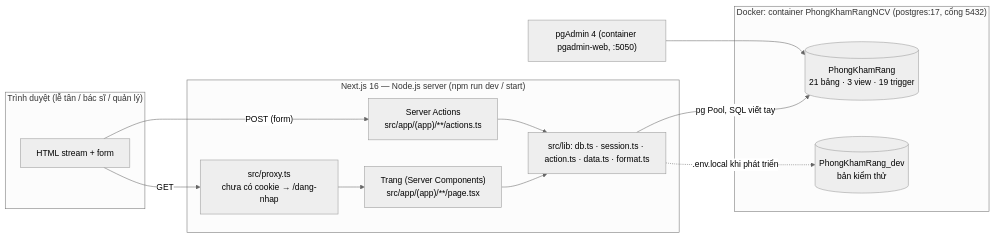
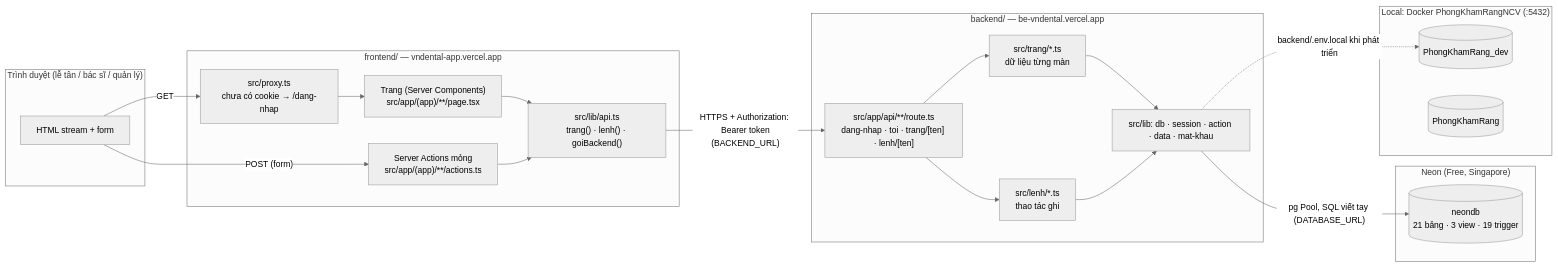
Before and after one commit to tsboi007/vndental: the first of 4 diagrams in docs/kien-truc.md, drawn with Mermaid (neutral theme). The commit also changed other lines of this file and 200 other files, not shown here.

First line of the commit message:
Tách frontend / backend thành 2 project Next.js deploy riêng

````diff
--- a/docs/kien-truc.md
+++ b/docs/kien-truc.md
@@ -19,24 +21,34 @@
 ```mermaid
 flowchart LR
   subgraph Browser["Trình duyệt (lễ tân / bác sĩ / quản lý)"]
     UI["HTML stream + form"]
   end
-  subgraph Next["Next.js 16 — Node.js server (npm run dev / start)"]
+  subgraph FE["frontend/ — vndental-app.vercel.app"]
     PX["src/proxy.ts<br/>chưa có cookie → /dang-nhap"]
     RSC["Trang (Server Components)<br/>src/app/(app)/**/page.tsx"]
-    SA["Server Actions<br/>src/app/(app)/**/actions.ts"]
-    LIB["src/lib: db.ts · session.ts · action.ts · data.ts · format.ts"]
+    SA["Server Actions mỏng<br/>src/app/(app)/**/actions.ts"]
+    API["src/lib/api.ts<br/>trang() · lenh() · goiBackend()"]
   end
-  subgraph Docker["Docker: container PhongKhamRangNCV (postgres:17, cổng 5432)"]
-    DB[("PhongKhamRang<br/>21 bảng · 3 view · 19 trigger")]
-    DEV[("PhongKhamRang_dev<br/>bản kiểm thử")]
+  subgraph BE["backend/ — be-vndental.vercel.app"]
+    R["src/app/api/**/route.ts<br/>dang-nhap · toi · trang/[ten] · lenh/[ten]"]
+    T["src/trang/*.ts<br/>dữ liệu từng màn"]
+    LN["src/lenh/*.ts<br/>thao tác ghi"]
+    LIB["src/lib: db · session · action · data · mat-khau"]
   end
-  PG["pgAdmin 4 (container pgadmin-web, :5050)"]
+  subgraph Neon["Neon (Free, Singapore)"]
+    DB[("neondb<br/>21 bảng · 3 view · 19 trigger")]
+  end
+  subgraph Docker["Local: Docker PhongKhamRangNCV (:5432)"]
+    DEV[("PhongKhamRang_dev")]
+    REAL[("PhongKhamRang")]
+  end
   UI -- "GET" --> PX --> RSC
   UI -- "POST (form)" --> SA
-  RSC --> LIB
-  SA --> LIB
-  LIB -- "pg Pool, SQL viết tay" --> DB
-  LIB -. ".env.local khi phát triển" .-> DEV
-  PG --> DB
+  RSC --> API
+  SA --> API
+  API -- "HTTPS + Authorization: Bearer token<br/>(BACKEND_URL)" --> R
+  R --> T --> LIB
+  R --> LN --> LIB
+  LIB -- "pg Pool, SQL viết tay (DATABASE_URL)" --> DB
+  LIB -. "backend/.env.local khi phát triển" .-> DEV
 ```
````
